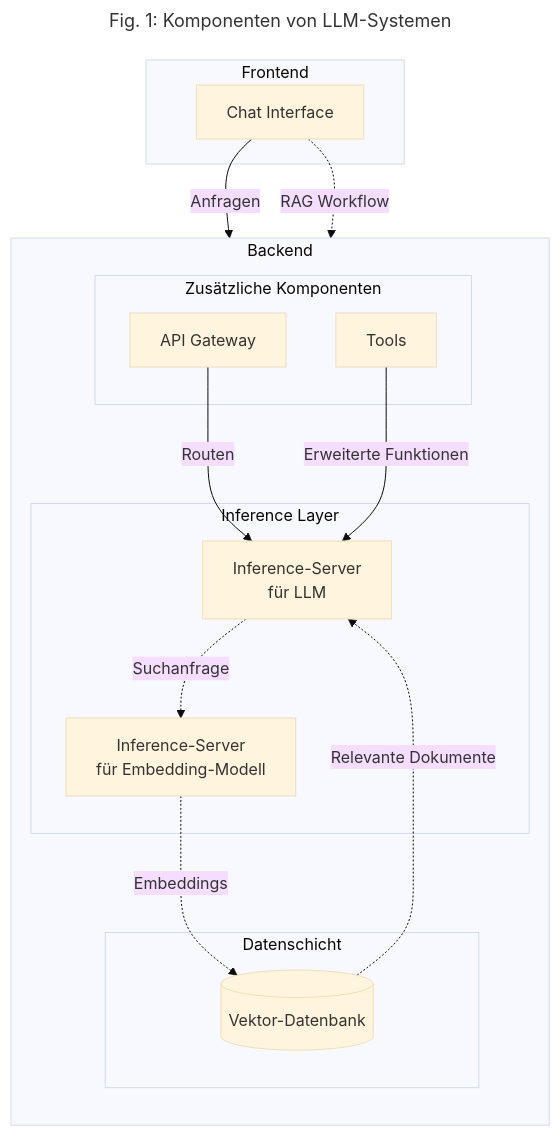
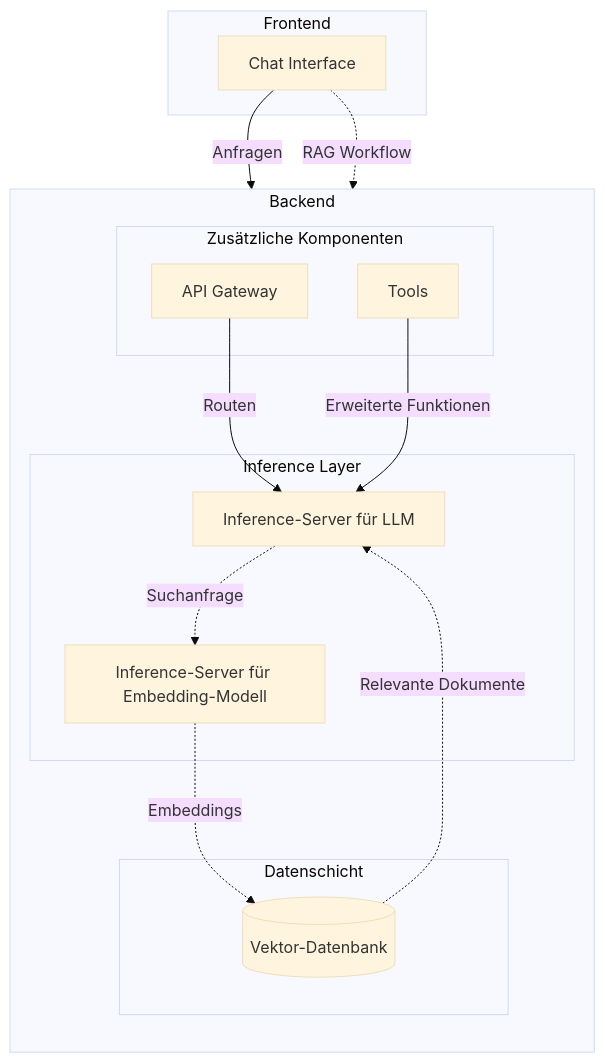
One commit to CorrelAid/cdl_llm_hosting_material changed the diagram in doc/src/00-introduction.md. Above: the diagram before and after it, drawn with Mermaid (base theme). The commit also changed 13 other files, not shown here.

````diff
--- a/doc/src/00-introduction.md
+++ b/doc/src/00-introduction.md
@@ -41,36 +41,33 @@
 ```mermaid
----
-title: "Fig. 1: Komponenten von LLM-Systemen"
----
 flowchart TB
     subgraph Frontend
         UI[Chat Interface]
     end
 
     subgraph Backend
         direction TB
         subgraph InferenceLayer[Inference Layer]
-            LLMServer[Inference-Server<br/>für LLM]
-            EmbedServer[Inference-Server<br/>für Embedding-Modell]
+            LLMServer[Inference-Server für LLM]
+            EmbedServer[Inference-Server für Embedding-Modell]
         end
 
         subgraph DataStorage[Datenschicht]
             VectorDB[(Vektor-Datenbank)]
         end
 
         subgraph Additional[Zusätzliche Komponenten]
             Tools[Tools]
             Gateway[API Gateway]
         end
     end
 
     UI -->|Anfragen| Gateway
     Gateway -->|Routen| LLMServer
 
     UI -.->|RAG Workflow| LLMServer
     LLMServer -.->|Suchanfrage| EmbedServer
     EmbedServer -.->|Embeddings| VectorDB
     VectorDB -.->|Relevante Dokumente| LLMServer
 
     Tools -->|Erweiterte Funktionen| LLMServer
 ```
````
